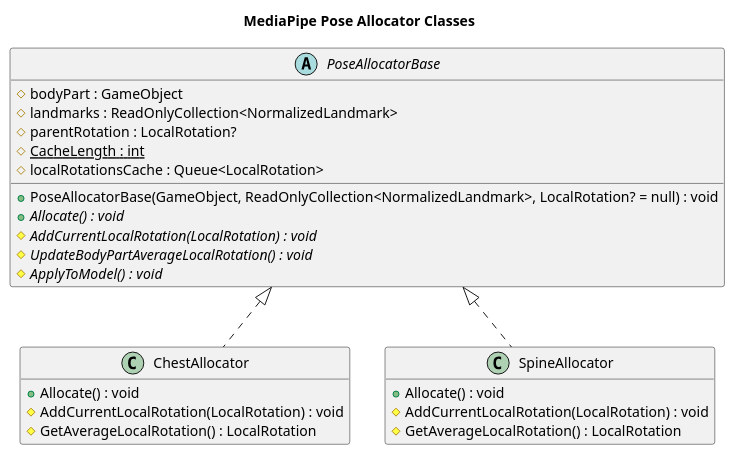
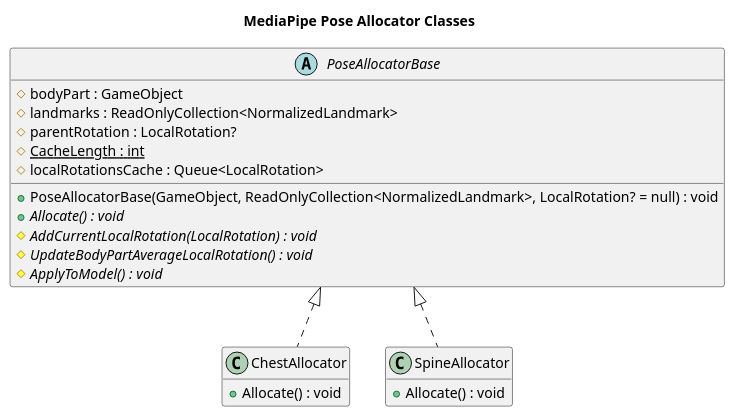
One commit to Yupopyoi/VHub changed the diagram in Docs/MediaPipe/AllocatorClasses.pu. Above: the diagram before and after it, drawn with PlantUML. The commit also changed 1 other file, not shown here.

Commit message:
Updated Class Diagram for Allocation

```diff
--- a/Docs/MediaPipe/AllocatorClasses.pu
+++ b/Docs/MediaPipe/AllocatorClasses.pu
@@ -1,36 +1,32 @@
 @startuml AllocatorClasses
 
 title MediaPipe Pose Allocator Classes
 
 hide empty members
 
 abstract class PoseAllocatorBase{
     #bodyPart : GameObject
     #landmarks : ReadOnlyCollection<NormalizedLandmark>
     #parentRotation : LocalRotation?
     #{static} CacheLength : int
     #localRotationsCache : Queue<LocalRotation> 
     +PoseAllocatorBase(GameObject, ReadOnlyCollection<NormalizedLandmark>, LocalRotation? = null) : void
     +{abstract}Allocate() : void
     #{abstract}AddCurrentLocalRotation(LocalRotation) : void
     #{abstract}UpdateBodyPartAverageLocalRotation() : void
     #{abstract}ApplyToModel() : void
 }
 
 PoseAllocatorBase <|.. ChestAllocator
 
 class ChestAllocator{
     +Allocate() : void
-    #AddCurrentLocalRotation(LocalRotation) : void
-    #GetAverageLocalRotation() : LocalRotation
 }
 
 PoseAllocatorBase <|.. SpineAllocator
 
 class SpineAllocator{
     +Allocate() : void
-    #AddCurrentLocalRotation(LocalRotation) : void
-    #GetAverageLocalRotation() : LocalRotation
 }
 
 @enduml
```
